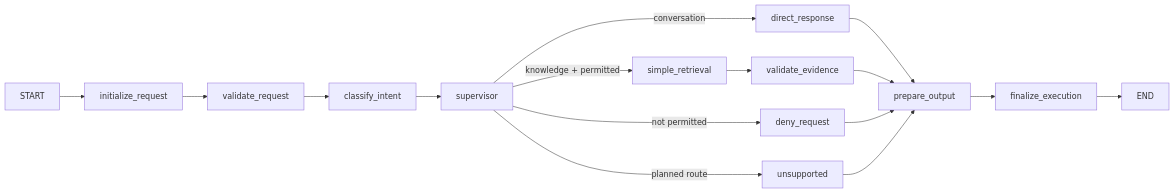
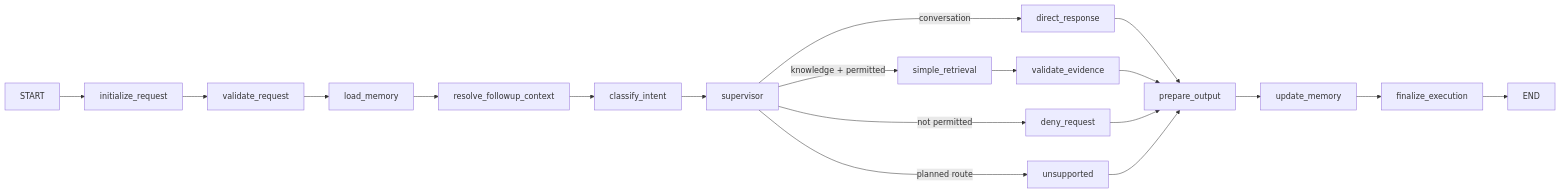
One commit to dakshina-d/enterprise-ai-knowledge-assistant changed the first of 6 diagrams in docs/graph-design.md. Above: the diagram before and after it, drawn with Mermaid. The commit also changed other lines of this file and 29 other files, not shown here.

````diff
--- a/docs/graph-design.md
+++ b/docs/graph-design.md
@@ -11,14 +11,15 @@
 ```mermaid
 flowchart LR
-    START --> I[initialize_request] --> V[validate_request] --> C[classify_intent]
+    START --> I[initialize_request] --> V[validate_request] --> M[load_memory]
+    M --> Q[resolve_followup_context] --> C[classify_intent]
     C --> S[supervisor]
     S -->|conversation| D[direct_response]
     S -->|knowledge + permitted| R[simple_retrieval] --> E[validate_evidence]
     S -->|not permitted| X[deny_request]
     S -->|planned route| U[unsupported]
     D --> P[prepare_output]
     E --> P
     X --> P
     U --> P
-    P --> F[finalize_execution] --> END
+    P --> UM[update_memory] --> F[finalize_execution] --> END
 ```
````
